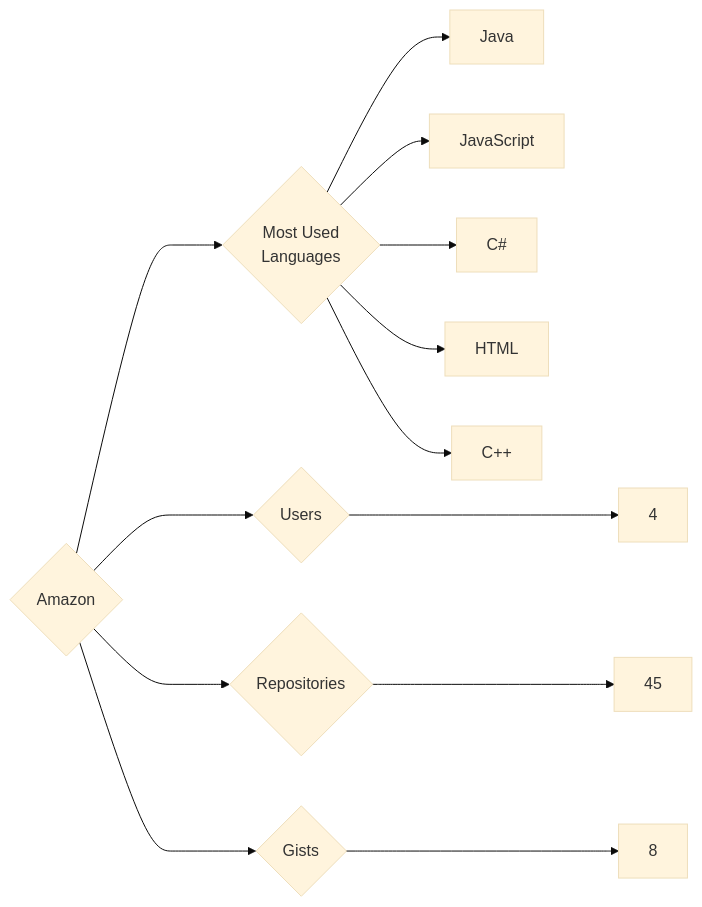
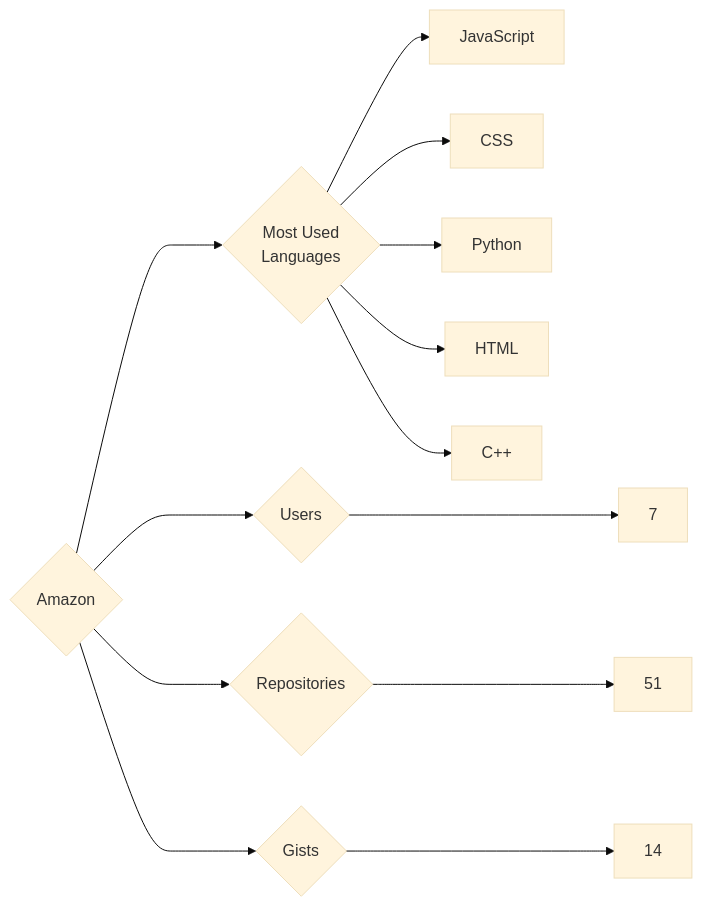
The diagram in targets/Amazon/README.md (trickest/insiders), drawn with Mermaid (base theme) before and after one commit. The commit also changed 1141 other files, not shown here.

````diff
--- a/targets/Amazon/README.md
+++ b/targets/Amazon/README.md
@@ -3,13 +3,13 @@
 ```mermaid
 graph LR
 COMPANY_NAME{Amazon}
-COMPANY_NAME ---> U{Users} ---> UN[4]
-COMPANY_NAME ---> R{Repositories} ---> RN[45]
-COMPANY_NAME ---> G{Gists} ---> GN[8]
+COMPANY_NAME ---> U{Users} ---> UN[7]
+COMPANY_NAME ---> R{Repositories} ---> RN[51]
+COMPANY_NAME ---> G{Gists} ---> GN[14]
 COMPANY_NAME ---> ML{Most Used<br>Languages}
-ML --> Java[Java]
 ML --> JavaScript[JavaScript]
-ML --> C#[C#]
+ML --> CSS[CSS]
+ML --> Python[Python]
 ML --> HTML[HTML]
 ML --> C++[C++]
 ```
````
